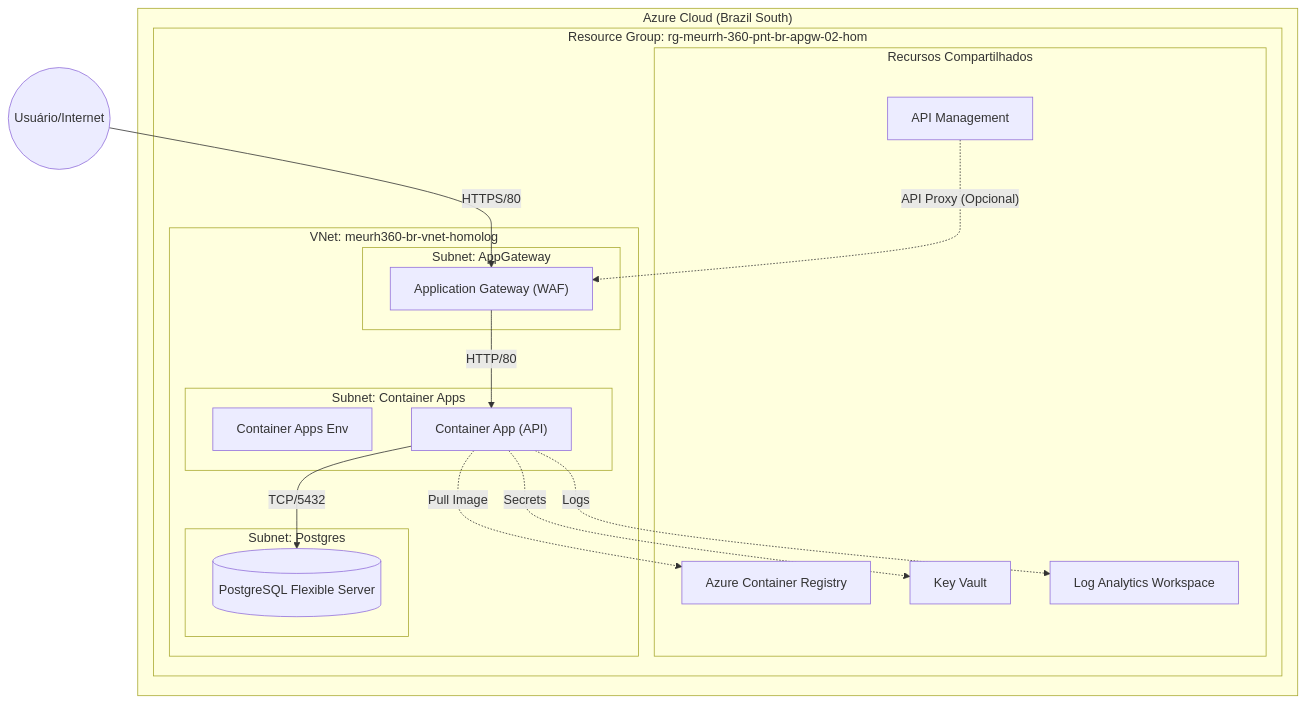
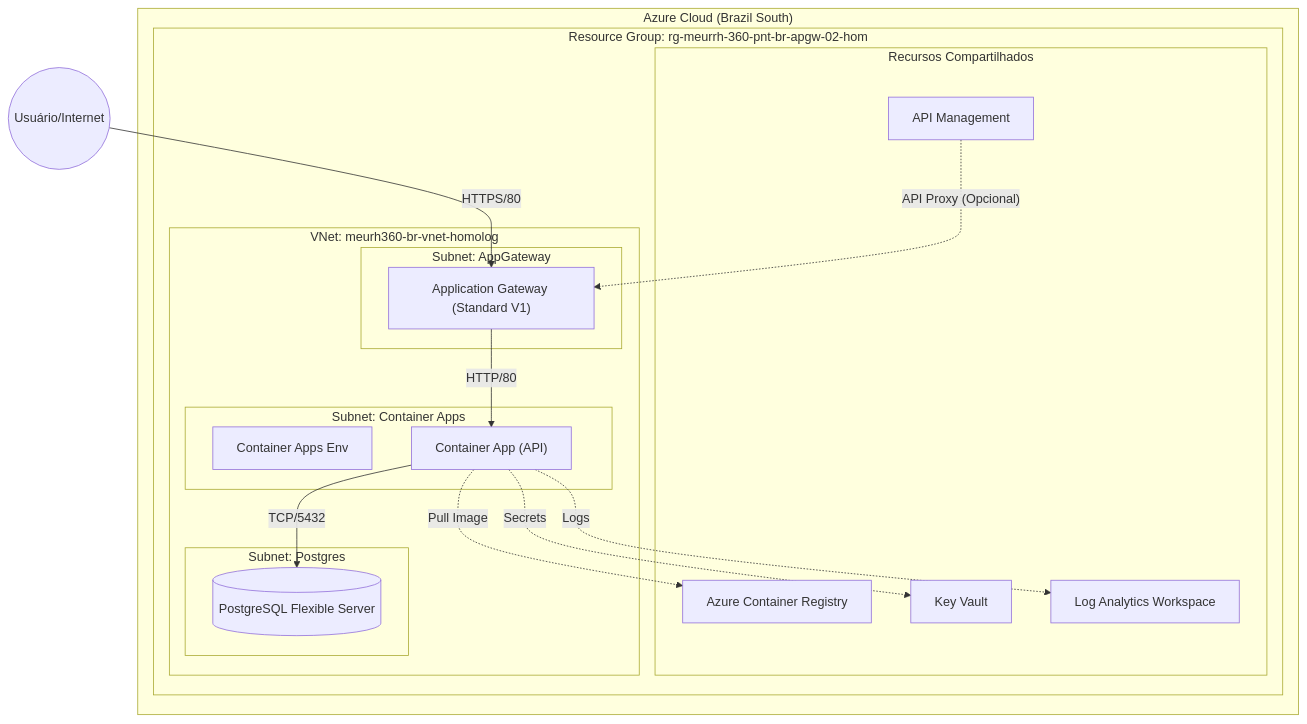
The diagram in docs/architecture.mermaid (kcsdevops/apim-apgw-homo), drawn with Mermaid before and after one commit. The commit also changed 6 other files, not shown here.

```diff
--- a/docs/architecture.mermaid
+++ b/docs/architecture.mermaid
@@ -1,38 +1,38 @@
 graph TD
     user((Usuário/Internet))
     
     subgraph Azure["Azure Cloud (Brazil South)"]
         subgraph RG["Resource Group: rg-meurrh-360-pnt-br-apgw-02-hom"]
             
             subgraph Shared["Recursos Compartilhados"]
                 ACR["Azure Container Registry"]
                 KV["Key Vault"]
                 LAW["Log Analytics Workspace"]
                 APIM["API Management"]
             end
 
             subgraph VNet["VNet: meurh360-br-vnet-homolog"]
                 
                 subgraph SubnetAGW["Subnet: AppGateway"]
-                    AGW["Application Gateway (WAF)"]
+                    AGW["Application Gateway (Standard V1)"]
                 end
 
                 subgraph SubnetACA["Subnet: Container Apps"]
                     CAE["Container Apps Env"]
                     APP["Container App (API)"]
                 end
 
                 subgraph SubnetDB["Subnet: Postgres"]
                     DB[("PostgreSQL Flexible Server")]
                 end
             end
         end
     end
 
     user -->|"HTTPS/80"| AGW
     AGW -->|"HTTP/80"| APP
     APP -->|"TCP/5432"| DB
     APP -.->|"Pull Image"| ACR
     APP -.->|"Secrets"| KV
     APP -.->|"Logs"| LAW
     APIM -.->|"API Proxy (Opcional)"| AGW
```
